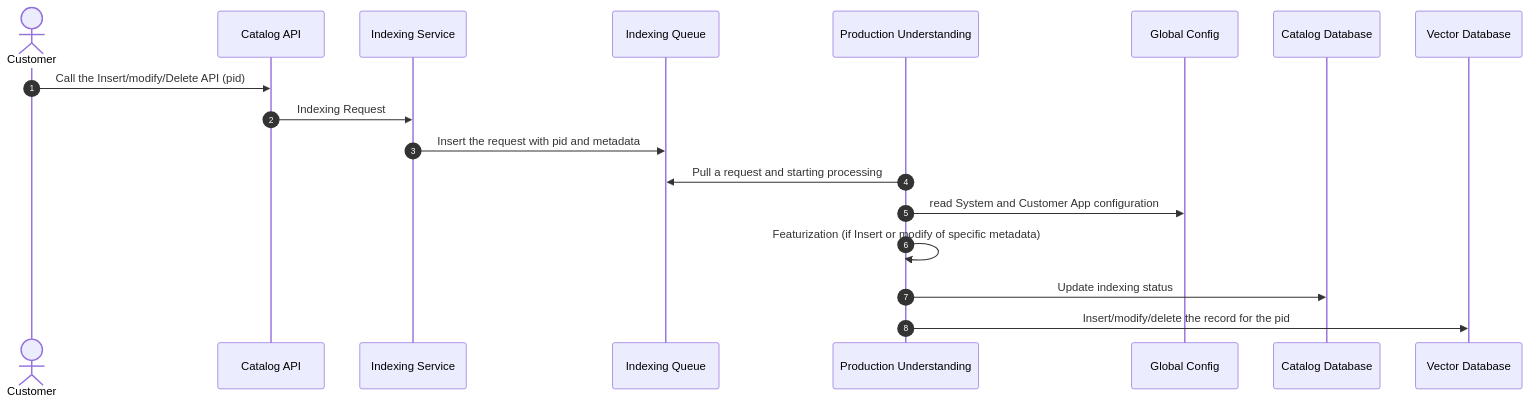
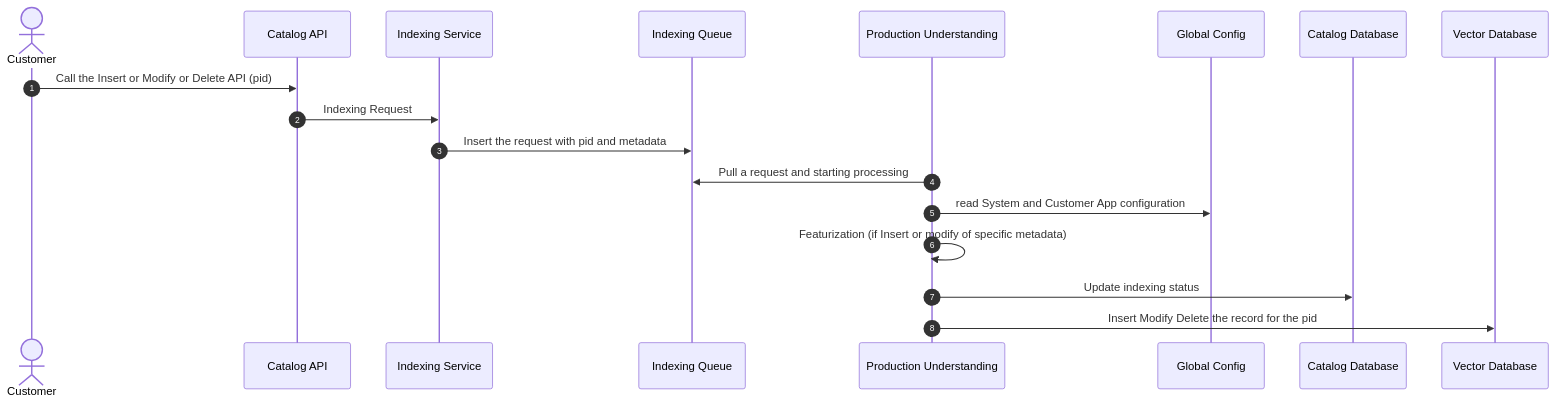
Before and after one commit to zchangvs/diagram: the diagram in Ingest_data_via_API.md, drawn with Mermaid.

````diff
--- a/Ingest_data_via_API.md
+++ b/Ingest_data_via_API.md
@@ -1,13 +1,13 @@
 ```mermaid
 sequenceDiagram
     autonumber
     Actor Customer
-    Customer->> Catalog API: Call the Insert/modify/Delete API (pid)
+    Customer->> Catalog API: Call the Insert or Modify or Delete API (pid)
     Catalog API ->> Indexing Service: Indexing Request
     Indexing Service ->> Indexing Queue: Insert the request with pid and metadata
     Production Understanding ->> Indexing Queue : Pull a request and starting processing
     Production Understanding ->> Global Config: read System and Customer App configuration
     Production Understanding ->> Production Understanding: Featurization (if Insert or modify of specific metadata)
     Production Understanding ->> Catalog Database : Update indexing status
-    Production Understanding ->> Vector Database: Insert/modify/delete the record for the pid
+    Production Understanding ->> Vector Database: Insert Modify Delete the record for the pid
 ```
````
